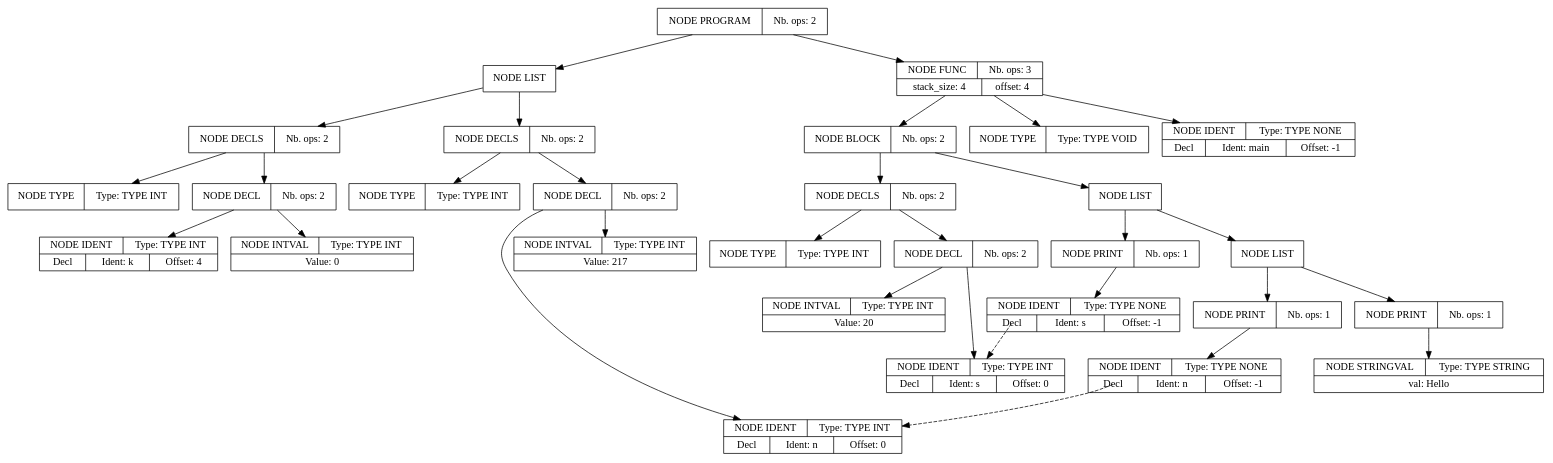
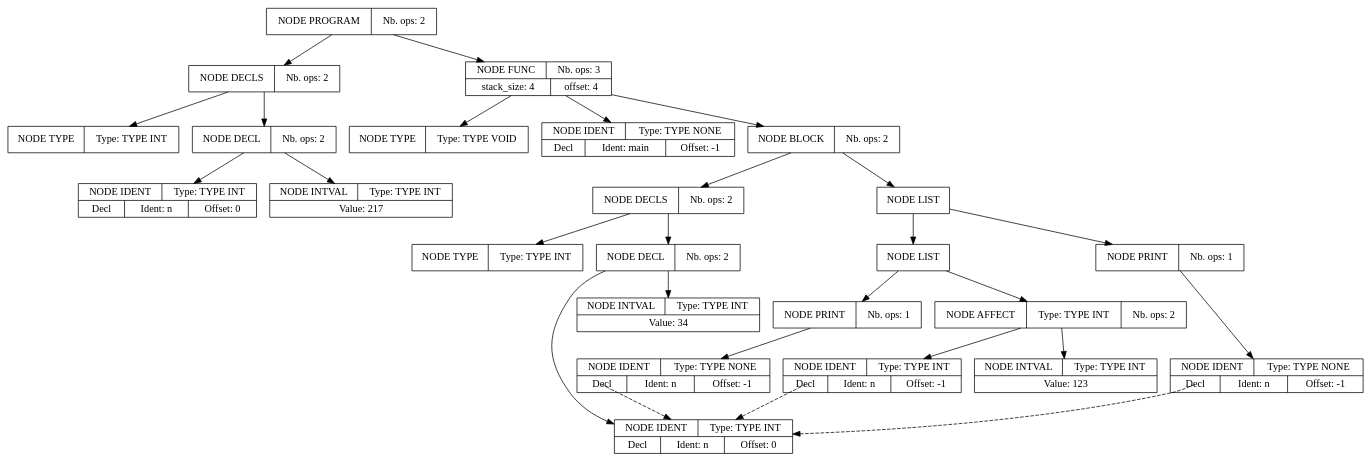
One commit to Serial-DeV/Compilation changed the diagram in projet_compilation_src/tools/apres_passe_1.dot. Above: the diagram before and after it, drawn with Graphviz. The commit also changed 13 other files, not shown here.

```diff
--- a/projet_compilation_src/tools/apres_passe_1.dot
+++ b/projet_compilation_src/tools/apres_passe_1.dot
@@ -1,91 +1,78 @@
 digraph global_vars {
     N1 [shape=record, label="{{NODE PROGRAM|Nb. ops: 2}}"];
-    N2 [shape=record, label="{{NODE LIST}}"];
-    N3 [shape=record, label="{{NODE DECLS|Nb. ops: 2}}"];
-    N4 [shape=record, label="{{NODE TYPE|Type: TYPE INT}}"];
-    edge[tailclip=true];
-    N3 -> N4
-    N5 [shape=record, label="{{NODE DECL|Nb. ops: 2}}"];
-    N6 [shape=record, label="{{NODE IDENT|Type: TYPE INT}|{<decl>Decl      |Ident: n|Offset: 0}}"];
-    edge[tailclip=true];
-    N5 -> N6
-    N7 [shape=record, label="{{NODE INTVAL|Type: TYPE INT}|{Value: 217}}"];
-    edge[tailclip=true];
-    N5 -> N7
-    edge[tailclip=true];
-    N3 -> N5
+    N2 [shape=record, label="{{NODE DECLS|Nb. ops: 2}}"];
+    N3 [shape=record, label="{{NODE TYPE|Type: TYPE INT}}"];
     edge[tailclip=true];
     N2 -> N3
-    N8 [shape=record, label="{{NODE DECLS|Nb. ops: 2}}"];
-    N9 [shape=record, label="{{NODE TYPE|Type: TYPE INT}}"];
+    N4 [shape=record, label="{{NODE DECL|Nb. ops: 2}}"];
+    N5 [shape=record, label="{{NODE IDENT|Type: TYPE INT}|{<decl>Decl      |Ident: n|Offset: 0}}"];
     edge[tailclip=true];
-    N8 -> N9
-    N10 [shape=record, label="{{NODE DECL|Nb. ops: 2}}"];
-    N11 [shape=record, label="{{NODE IDENT|Type: TYPE INT}|{<decl>Decl      |Ident: k|Offset: 4}}"];
+    N4 -> N5
+    N6 [shape=record, label="{{NODE INTVAL|Type: TYPE INT}|{Value: 217}}"];
+    edge[tailclip=true];
+    N4 -> N6
+    edge[tailclip=true];
+    N2 -> N4
+    edge[tailclip=true];
+    N1 -> N2
+    N7 [shape=record, label="{{NODE FUNC|Nb. ops: 3}|{stack_size: 4|offset: 4}}"];
+    N8 [shape=record, label="{{NODE TYPE|Type: TYPE VOID}}"];
+    edge[tailclip=true];
+    N7 -> N8
+    N9 [shape=record, label="{{NODE IDENT|Type: TYPE NONE}|{<decl>Decl      |Ident: main|Offset: -1}}"];
+    edge[tailclip=true];
+    N7 -> N9
+    N10 [shape=record, label="{{NODE BLOCK|Nb. ops: 2}}"];
+    N11 [shape=record, label="{{NODE DECLS|Nb. ops: 2}}"];
+    N12 [shape=record, label="{{NODE TYPE|Type: TYPE INT}}"];
+    edge[tailclip=true];
+    N11 -> N12
+    N13 [shape=record, label="{{NODE DECL|Nb. ops: 2}}"];
+    N14 [shape=record, label="{{NODE IDENT|Type: TYPE INT}|{<decl>Decl      |Ident: n|Offset: 0}}"];
+    edge[tailclip=true];
+    N13 -> N14
+    N15 [shape=record, label="{{NODE INTVAL|Type: TYPE INT}|{Value: 34}}"];
+    edge[tailclip=true];
+    N13 -> N15
+    edge[tailclip=true];
+    N11 -> N13
     edge[tailclip=true];
     N10 -> N11
-    N12 [shape=record, label="{{NODE INTVAL|Type: TYPE INT}|{Value: 0}}"];
+    N16 [shape=record, label="{{NODE LIST}}"];
+    N17 [shape=record, label="{{NODE LIST}}"];
+    N18 [shape=record, label="{{NODE PRINT|Nb. ops: 1}}"];
+    N19 [shape=record, label="{{NODE IDENT|Type: TYPE NONE}|{<decl>Decl      |Ident: n|Offset: -1}}"];
+    edge[tailclip=false];
+    "N19":decl:c -> "N14" [style=dashed]
     edge[tailclip=true];
-    N10 -> N12
-    edge[tailclip=true];
-    N8 -> N10
-    edge[tailclip=true];
-    N2 -> N8
-    edge[tailclip=true];
-    N1 -> N2
-    N13 [shape=record, label="{{NODE FUNC|Nb. ops: 3}|{stack_size: 4|offset: 4}}"];
-    N14 [shape=record, label="{{NODE TYPE|Type: TYPE VOID}}"];
-    edge[tailclip=true];
-    N13 -> N14
-    N15 [shape=record, label="{{NODE IDENT|Type: TYPE NONE}|{<decl>Decl      |Ident: main|Offset: -1}}"];
-    edge[tailclip=true];
-    N13 -> N15
-    N16 [shape=record, label="{{NODE BLOCK|Nb. ops: 2}}"];
-    N17 [shape=record, label="{{NODE DECLS|Nb. ops: 2}}"];
-    N18 [shape=record, label="{{NODE TYPE|Type: TYPE INT}}"];
+    N18 -> N19
     edge[tailclip=true];
     N17 -> N18
-    N19 [shape=record, label="{{NODE DECL|Nb. ops: 2}}"];
-    N20 [shape=record, label="{{NODE IDENT|Type: TYPE INT}|{<decl>Decl      |Ident: s|Offset: 0}}"];
+    N20 [shape=record, label="{{NODE AFFECT|Type: TYPE INT|Nb. ops: 2}}"];
+    N21 [shape=record, label="{{NODE IDENT|Type: TYPE INT}|{<decl>Decl      |Ident: n|Offset: -1}}"];
+    edge[tailclip=false];
+    "N21":decl:c -> "N14" [style=dashed]
     edge[tailclip=true];
-    N19 -> N20
-    N21 [shape=record, label="{{NODE INTVAL|Type: TYPE INT}|{Value: 20}}"];
+    N20 -> N21
+    N22 [shape=record, label="{{NODE INTVAL|Type: TYPE INT}|{Value: 123}}"];
     edge[tailclip=true];
-    N19 -> N21
+    N20 -> N22
     edge[tailclip=true];
-    N17 -> N19
+    N17 -> N20
     edge[tailclip=true];
     N16 -> N17
-    N22 [shape=record, label="{{NODE LIST}}"];
-    N23 [shape=record, label="{{NODE LIST}}"];
-    N24 [shape=record, label="{{NODE PRINT|Nb. ops: 1}}"];
-    N25 [shape=record, label="{{NODE IDENT|Type: TYPE NONE}|{<decl>Decl      |Ident: n|Offset: -1}}"];
+    N23 [shape=record, label="{{NODE PRINT|Nb. ops: 1}}"];
+    N24 [shape=record, label="{{NODE IDENT|Type: TYPE NONE}|{<decl>Decl      |Ident: n|Offset: -1}}"];
     edge[tailclip=false];
-    "N25":decl:c -> "N6" [style=dashed]
-    edge[tailclip=true];
-    N24 -> N25
+    "N24":decl:c -> "N14" [style=dashed]
     edge[tailclip=true];
     N23 -> N24
-    N26 [shape=record, label="{{NODE PRINT|Nb. ops: 1}}"];
-    N27 [shape=record, label="{{NODE STRINGVAL|Type: TYPE STRING}|{val: Hello\n}}"];
     edge[tailclip=true];
-    N26 -> N27
+    N16 -> N23
     edge[tailclip=true];
-    N23 -> N26
+    N10 -> N16
     edge[tailclip=true];
-    N22 -> N23
-    N28 [shape=record, label="{{NODE PRINT|Nb. ops: 1}}"];
-    N29 [shape=record, label="{{NODE IDENT|Type: TYPE NONE}|{<decl>Decl      |Ident: s|Offset: -1}}"];
-    edge[tailclip=false];
-    "N29":decl:c -> "N20" [style=dashed]
+    N7 -> N10
     edge[tailclip=true];
-    N28 -> N29
-    edge[tailclip=true];
-    N22 -> N28
-    edge[tailclip=true];
-    N16 -> N22
-    edge[tailclip=true];
-    N13 -> N16
-    edge[tailclip=true];
-    N1 -> N13
+    N1 -> N7
 }
```
